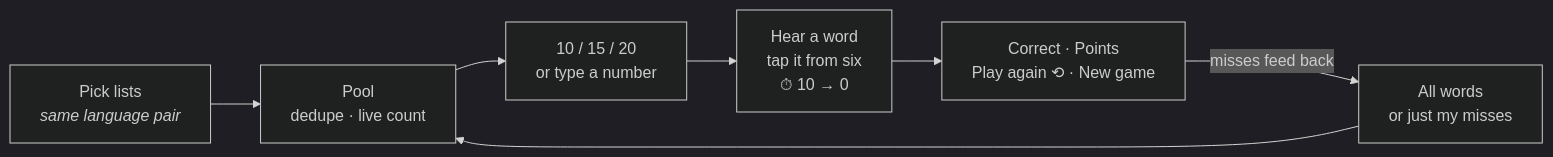
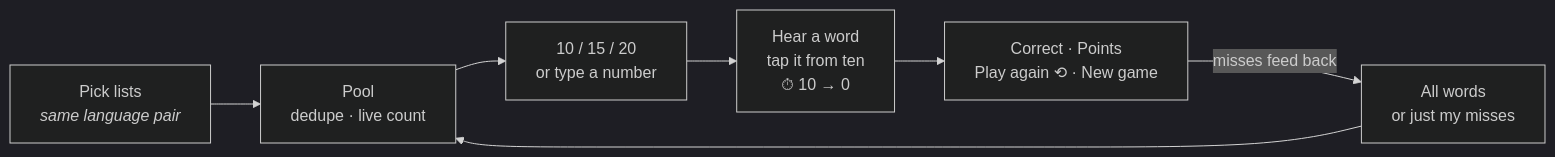
Before and after one commit to EtiNoked/practice-vocabulary: the first of 2 diagrams in .claude/specs/008-word-game/quickstart.md, drawn with Mermaid (dark theme). The commit also changed other lines of this file and 4 other files, not shown here.

````diff
--- a/.claude/specs/008-word-game/quickstart.md
+++ b/.claude/specs/008-word-game/quickstart.md
@@ -11,9 +11,9 @@
 ```mermaid
 flowchart LR
     A["Pick lists<br/><i>same language pair</i>"] --> C
     B["All words<br/>or just my misses"] --> C
     C["Pool<br/>dedupe · live count"] --> D["10 / 15 / 20<br/>or type a number"]
-    D --> E["Hear a word<br/>tap it from six<br/>⏱ 10 → 0"]
+    D --> E["Hear a word<br/>tap it from ten<br/>⏱ 10 → 0"]
     E --> F["Correct · Points<br/>Play again ⟲ · New game"]
     F -->|misses feed back| B
 ```
````
